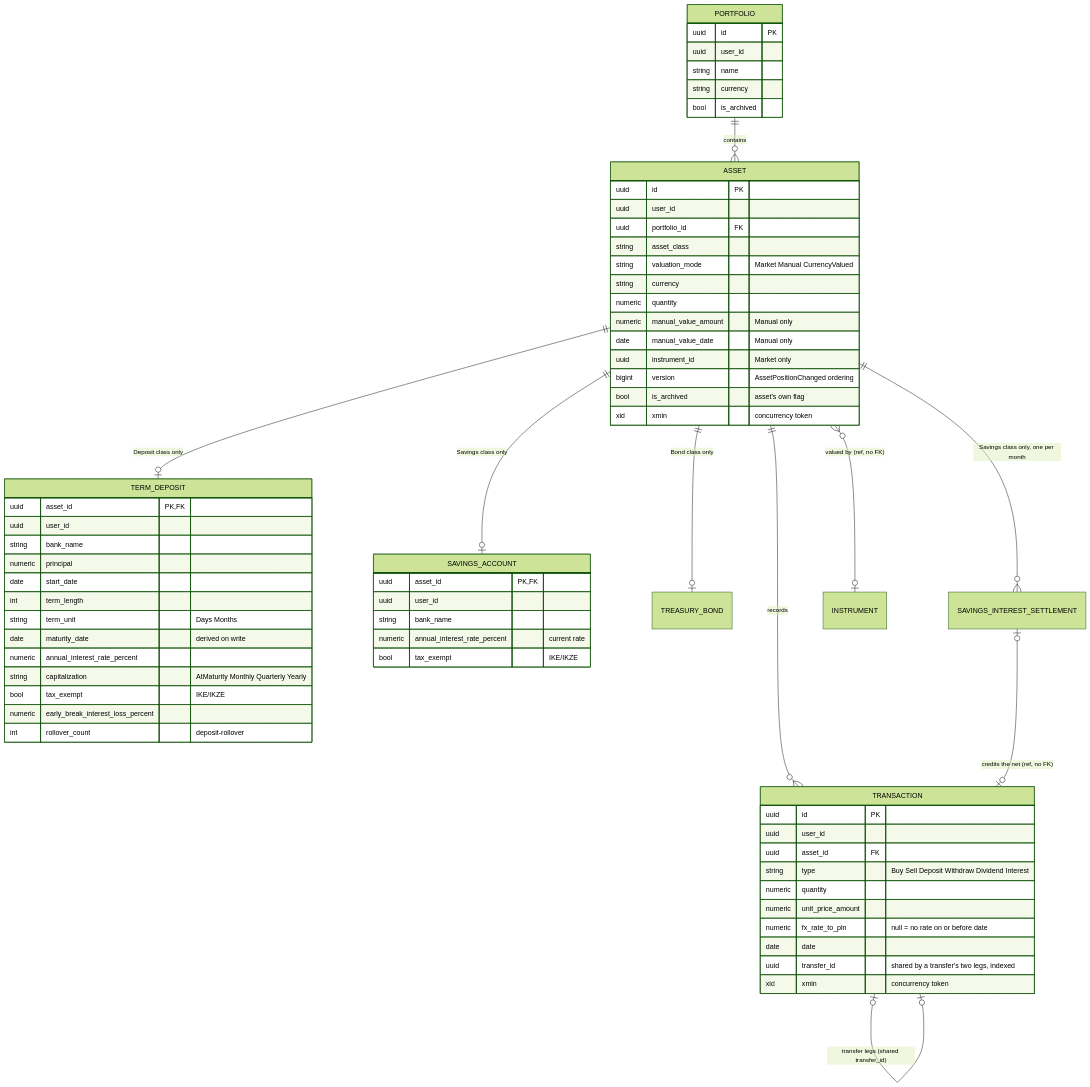
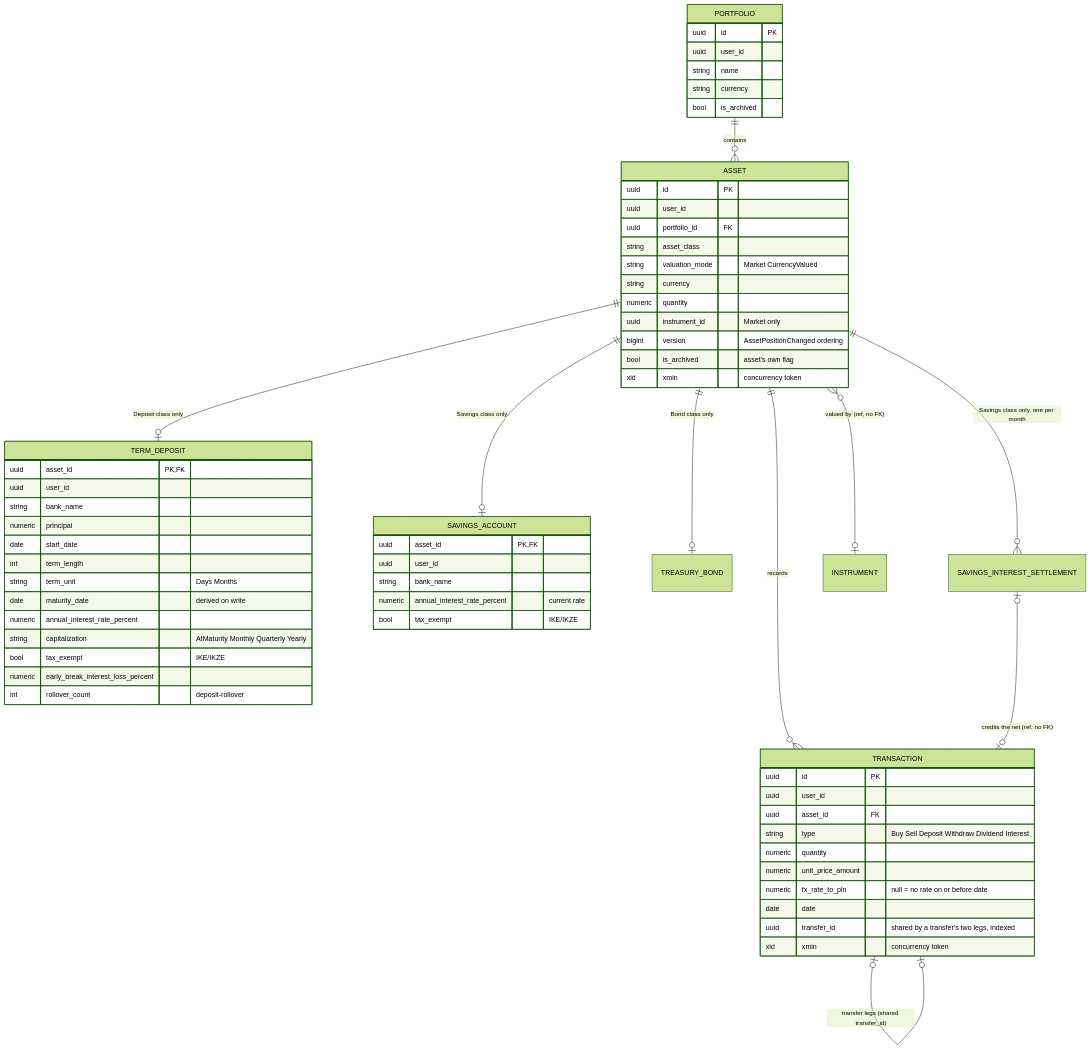
The first of 3 diagrams in skarbiec-plan/domain.md (Maliniak93/FinMel), drawn with Mermaid (forest theme) before and after one commit. The commit also changed other lines of this file and 124 other files, not shown here.

First line of the commit message:
Accounts 1: drop Crypto, RealEstate, Other and Manual valuation (#262)

````diff
--- a/skarbiec-plan/domain.md
+++ b/skarbiec-plan/domain.md
@@ -64,68 +63,66 @@
 ```mermaid
 erDiagram
     PORTFOLIO ||--o{ ASSET : contains
     ASSET ||--o{ TRANSACTION : records
     TRANSACTION |o--o| TRANSACTION : "transfer legs (shared transfer_id)"
     ASSET ||--o| TERM_DEPOSIT : "Deposit class only"
     ASSET ||--o| SAVINGS_ACCOUNT : "Savings class only"
     ASSET ||--o| TREASURY_BOND : "Bond class only"
     ASSET ||--o{ SAVINGS_INTEREST_SETTLEMENT : "Savings class only, one per month"
     SAVINGS_INTEREST_SETTLEMENT |o--o| TRANSACTION : "credits the net (ref, no FK)"
     ASSET }o--o| INSTRUMENT : "valued by (ref, no FK)"
     PORTFOLIO {
         uuid id PK
         uuid user_id
         string name
         string currency
         bool is_archived
     }
     ASSET {
         uuid id PK
         uuid user_id
         uuid portfolio_id FK
         string asset_class
-        string valuation_mode "Market Manual CurrencyValued"
+        string valuation_mode "Market CurrencyValued"
         string currency
         numeric quantity
-        numeric manual_value_amount "Manual only"
-        date manual_value_date "Manual only"
         uuid instrument_id "Market only"
         bigint version "AssetPositionChanged ordering"
         bool is_archived "asset's own flag"
         xid xmin "concurrency token"
     }
     TRANSACTION {
         uuid id PK
         uuid user_id
         uuid asset_id FK
         string type "Buy Sell Deposit Withdraw Dividend Interest"
         numeric quantity
         numeric unit_price_amount
         numeric fx_rate_to_pln "null = no rate on or before date"
         date date
         uuid transfer_id "shared by a transfer's two legs, indexed"
         xid xmin "concurrency token"
     }
     TERM_DEPOSIT {
         uuid asset_id PK, FK
         uuid user_id
         string bank_name
         numeric principal
         date start_date
         int term_length
         string term_unit "Days Months"
         date maturity_date "derived on write"
         numeric annual_interest_rate_percent
         string capitalization "AtMaturity Monthly Quarterly Yearly"
         bool tax_exempt "IKE/IKZE"
         numeric early_break_interest_loss_percent
         int rollover_count "deposit-rollover"
     }
     SAVINGS_ACCOUNT {
         uuid asset_id PK, FK
         uuid user_id
         string bank_name
         numeric annual_interest_rate_percent "current rate"
         bool tax_exempt "IKE/IKZE"
     }
 ```
````
